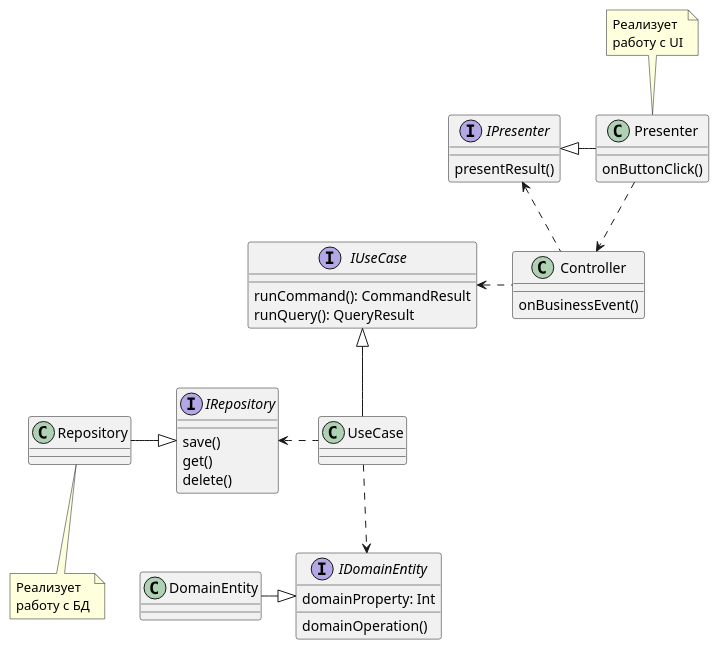
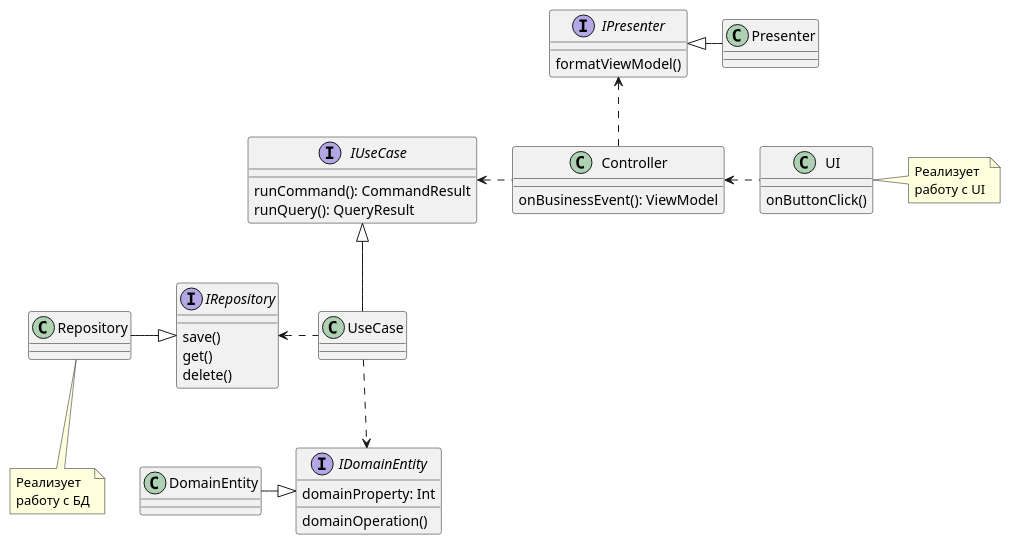
One commit to mikhailandronov/RoversExercise changed the diagram in src/diagrams/CleanArchitecture.puml. Above: the diagram before and after it, drawn with PlantUML. The commit also changed 1 other file, not shown here.

```diff
--- a/src/diagrams/CleanArchitecture.puml
+++ b/src/diagrams/CleanArchitecture.puml
@@ -1,58 +1,55 @@
 @startuml
 'https://plantuml.com/class-diagram
 
 interface IDomainEntity{
     domainProperty: Int
     domainOperation()
 }
 class DomainEntity
 DomainEntity -r-|> IDomainEntity
 
 interface IRepository{
     save()
     get()
     delete()
 }
 
 class Repository
 IRepository <|-l- Repository
 note bottom of Repository: Реализует \nработу с БД
 
 interface IPresenter{
-    presentResult()
+    formatViewModel()
 }
 
 class Presenter{
-    onButtonClick()
+
 }
 IPresenter <|-r- Presenter
-note top of Presenter: Реализует \nработу с UI
 
-/'
-interface IView{
-    displayInfo()
-}
-class View
-IView <|-r- View
-Presenter .u.> IView
-'/
+
 interface IUseCase{
     runCommand(): CommandResult
     runQuery(): QueryResult
 }
 class UseCase
 IUseCase <|-d- UseCase
 
 UseCase ..> IDomainEntity
 
 class Controller{
-    onBusinessEvent()
+    onBusinessEvent(): ViewModel
 }
 
 Controller .l.> IUseCase
 UseCase .l.> IRepository
 Controller .u.> IPresenter
 
-Presenter .d.> Controller
+class UI{
+    onButtonClick()
+}
+note right of UI: Реализует \nработу с UI
+
+UI .l.> Controller
 
 @enduml
```
